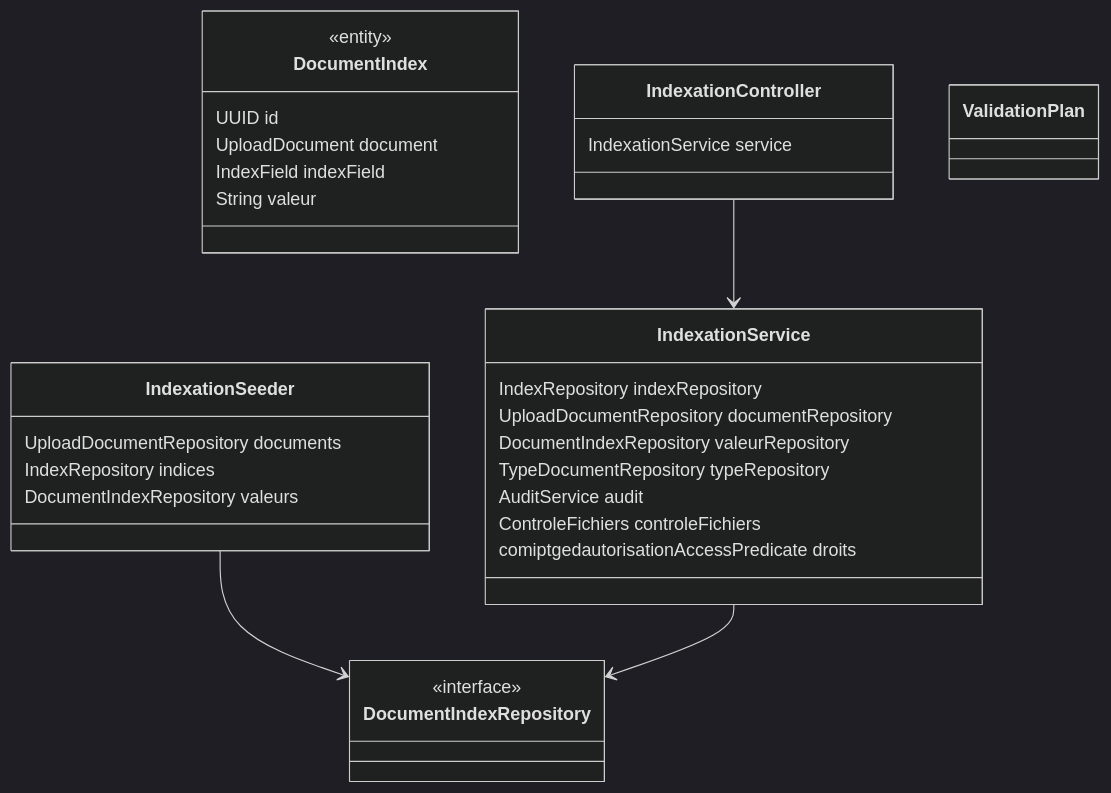
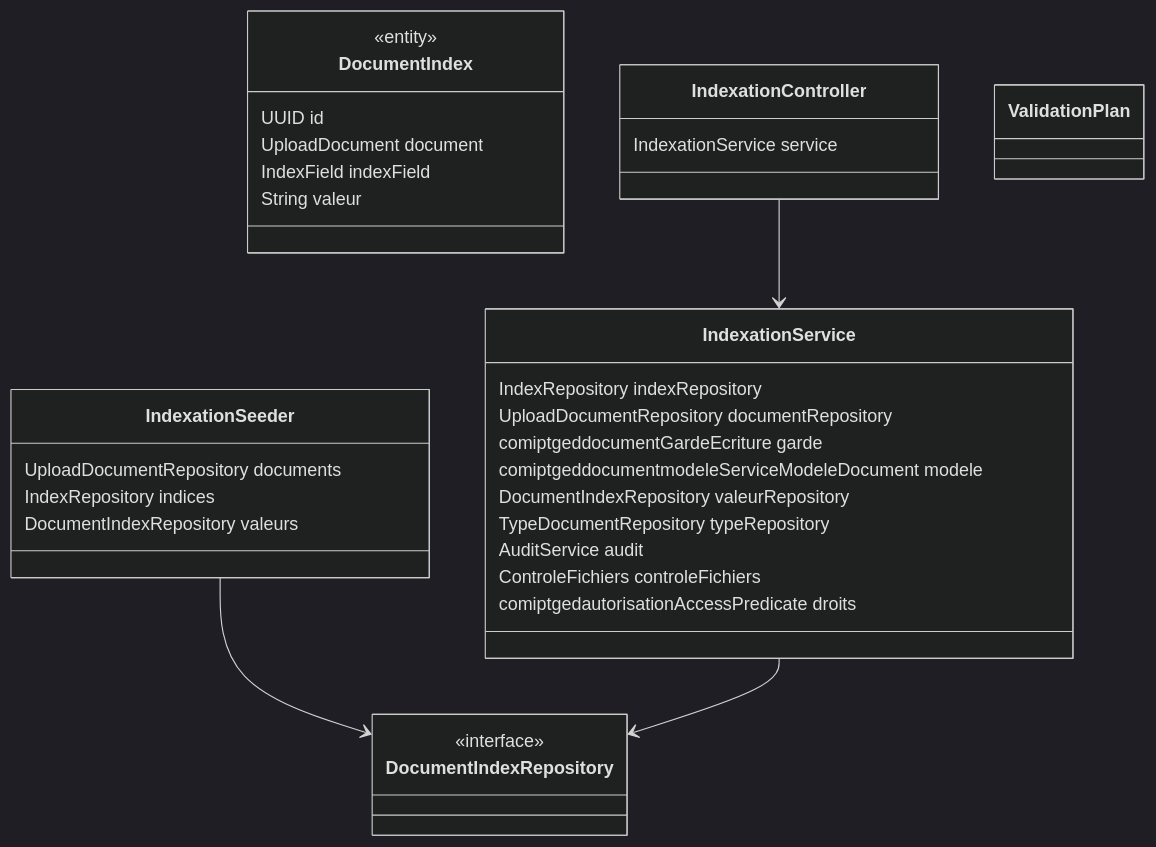
One commit to abddou2000/GED changed diagram 11 of 23 in docs/modelisation/CLASSES.md. Above: the diagram before and after it, drawn with Mermaid (dark theme). The commit also changed other lines of this file and 2 other files, not shown here.

Commit message:
Régénérer le schéma et les diagrammes de classes après fusion, reporter les correctifs de la vague 5 dans le suivi

````diff
--- a/docs/modelisation/CLASSES.md
+++ b/docs/modelisation/CLASSES.md
@@ -1391,35 +1443,37 @@
 ```mermaid
 classDiagram
   class DocumentIndex {
     <<entity>>
     UUID id
     UploadDocument document
     IndexField indexField
     String valeur
   }
   class DocumentIndexRepository {
     <<interface>>
   }
   class IndexationController {
     IndexationService service
   }
   class IndexationSeeder {
     UploadDocumentRepository documents
     IndexRepository indices
     DocumentIndexRepository valeurs
   }
   class IndexationService {
     IndexRepository indexRepository
     UploadDocumentRepository documentRepository
+    comiptgeddocumentGardeEcriture garde
+    comiptgeddocumentmodeleServiceModeleDocument modele
     DocumentIndexRepository valeurRepository
     TypeDocumentRepository typeRepository
     AuditService audit
     ControleFichiers controleFichiers
     comiptgedautorisationAccessPredicate droits
   }
   class ValidationPlan {
   }
   IndexationController --> IndexationService
   IndexationSeeder --> DocumentIndexRepository
   IndexationService --> DocumentIndexRepository
 ```
````
